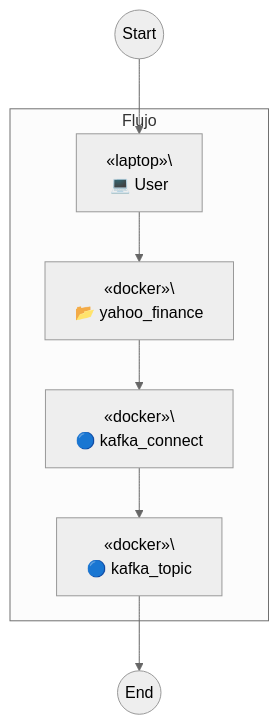
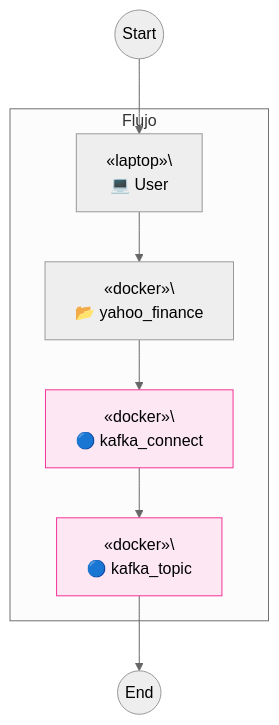
One commit to TrulyDigital/DATA_STREET changed the fourth of 4 diagrams in server_sftp/README.md. Above: the diagram before and after it, drawn with Mermaid (neutral theme).

Commit message:
feat: server-sftp uptade

````diff
--- a/server_sftp/README.md
+++ b/server_sftp/README.md
@@ -56,18 +56,20 @@
 ```mermaid
 graph TD
     subgraph Container_A [Flujo]
         A[«laptop»\<br/> 💻 User]
         B[«docker»\<br/> 📂 yahoo_finance]
         C[«docker»\<br/> 🔵 kafka_connect]
+        C:::note_c
         D[«docker»\<br/> 🔵 kafka_topic]
+        D:::note_d
     end
 
     Start((Start)) --> A
     A --> B
     B --> C
     C --> D
     D --> End((End))
 
-    classDef C fill:#fce7f3,stroke:#f6339a,stroke-width:1px;
-    classDef D fill:#fce7f3,stroke:#f6339a,stroke-width:1px;
+    classDef note_c fill:#fce7f3,stroke:#f6339a,stroke-width:1px;
+    classDef note_d fill:#fce7f3,stroke:#f6339a,stroke-width:1px;
 ```
````
